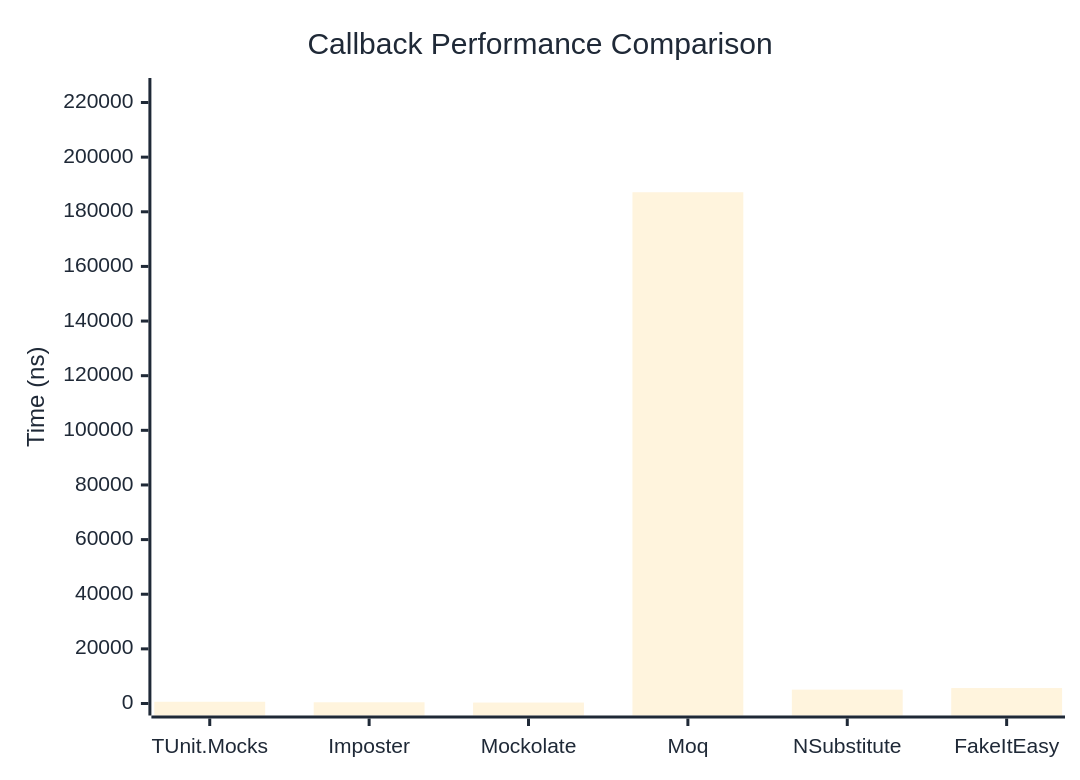
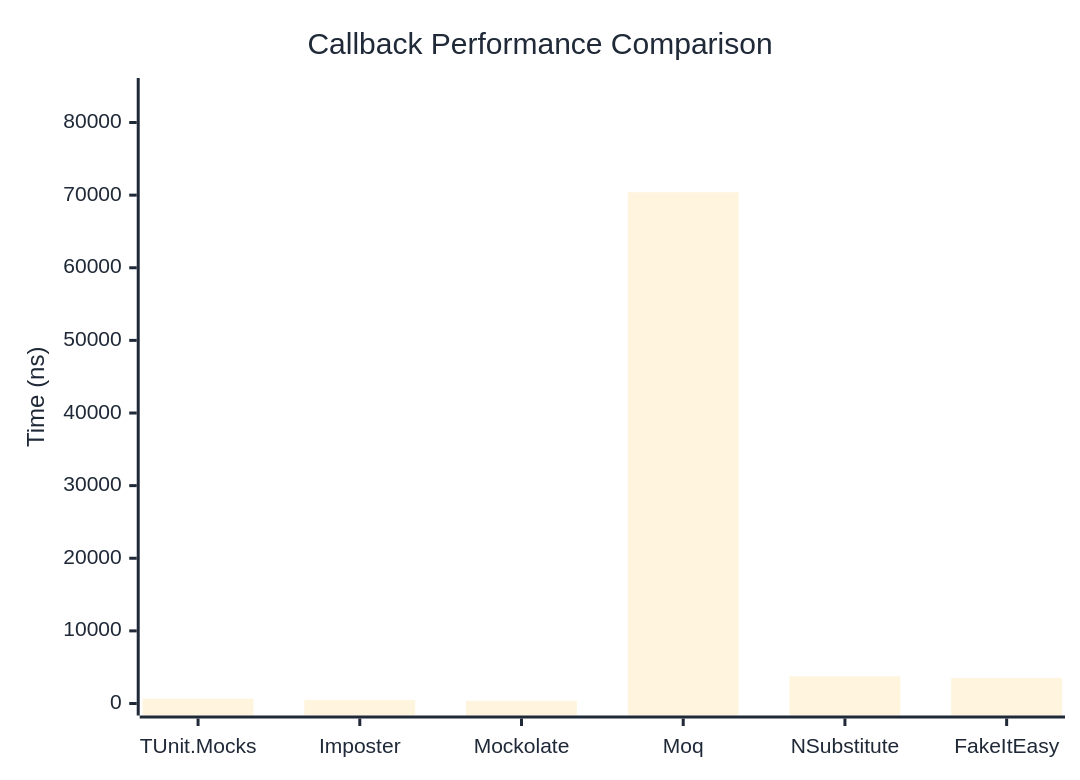
Before and after one commit to thomhurst/TUnit: the first of 2 diagrams in docs/docs/benchmarks/mocks/Callback.md, drawn with Mermaid. The commit also changed other lines of this file and 14 other files, not shown here.

````diff
--- a/docs/docs/benchmarks/mocks/Callback.md
+++ b/docs/docs/benchmarks/mocks/Callback.md
@@ -30,27 +30,27 @@
 ```mermaid
 %%{init: {
   'theme':'base',
   'themeVariables': {
     'primaryColor': '#2563eb',
     'primaryTextColor': '#1f2937',
     'primaryBorderColor': '#1e40af',
     'lineColor': '#6b7280',
     'secondaryColor': '#7c3aed',
     'tertiaryColor': '#dc2626',
     'background': '#ffffff',
     'pie1': '#2563eb',
     'pie2': '#7c3aed',
     'pie3': '#dc2626',
     'pie4': '#f59e0b',
     'pie5': '#10b981',
     'pie6': '#06b6d4',
     'pie7': '#ec4899',
     'pie8': '#6366f1'
   }
 }}%%
 xychart-beta
   title "Callback Performance Comparison"
   x-axis ["TUnit.Mocks", "Imposter", "Mockolate", "Moq", "NSubstitute", "FakeItEasy"]
-  y-axis "Time (ns)" 0 --> 224581
-  bar [635.5, 445.3, 338.5, 187150.6, 5072.3, 5654.7]
+  y-axis "Time (ns)" 0 --> 84478
+  bar [683.2, 501.2, 377.3, 70398.2, 3741.8, 3506.1]
 ```
````
